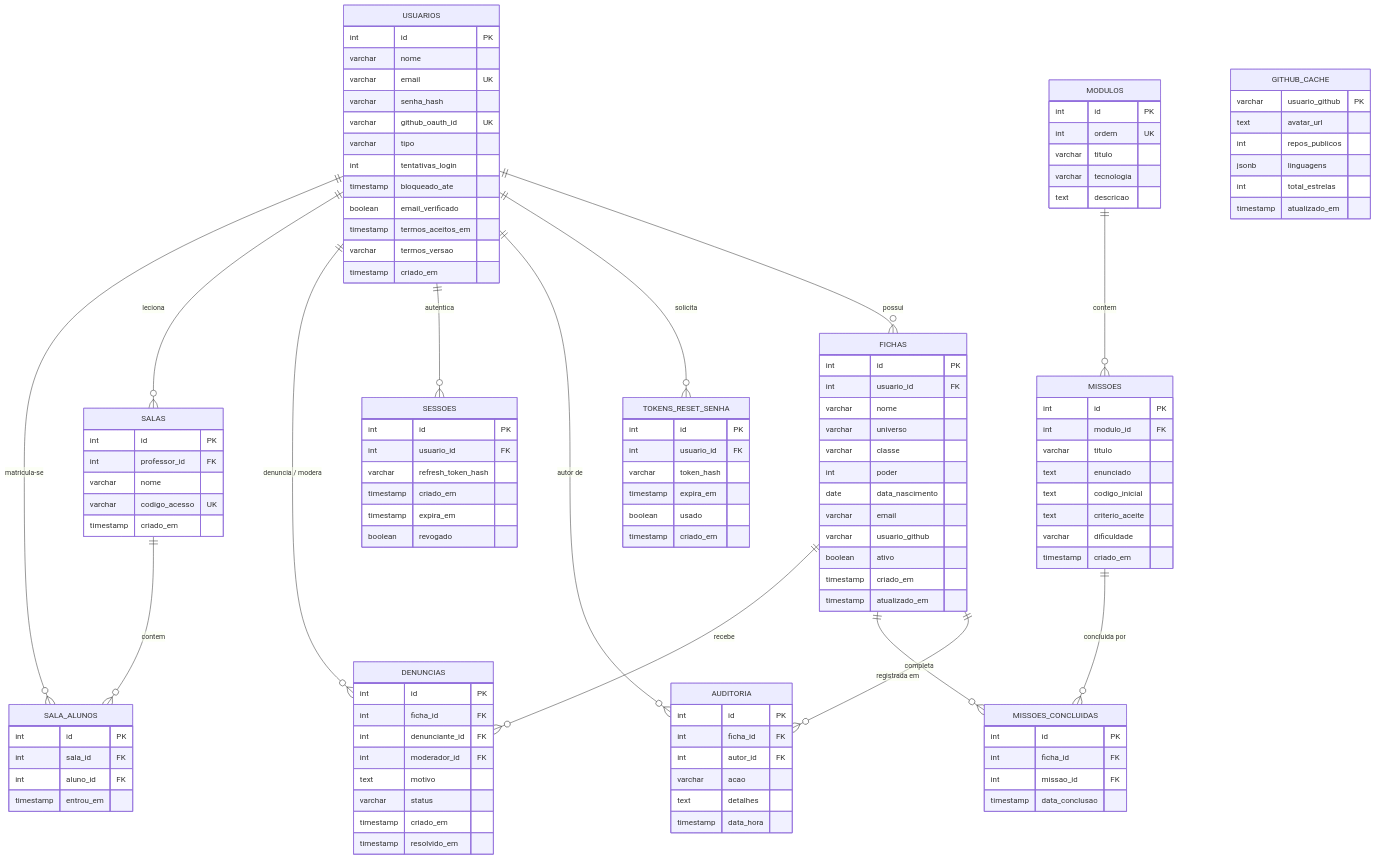
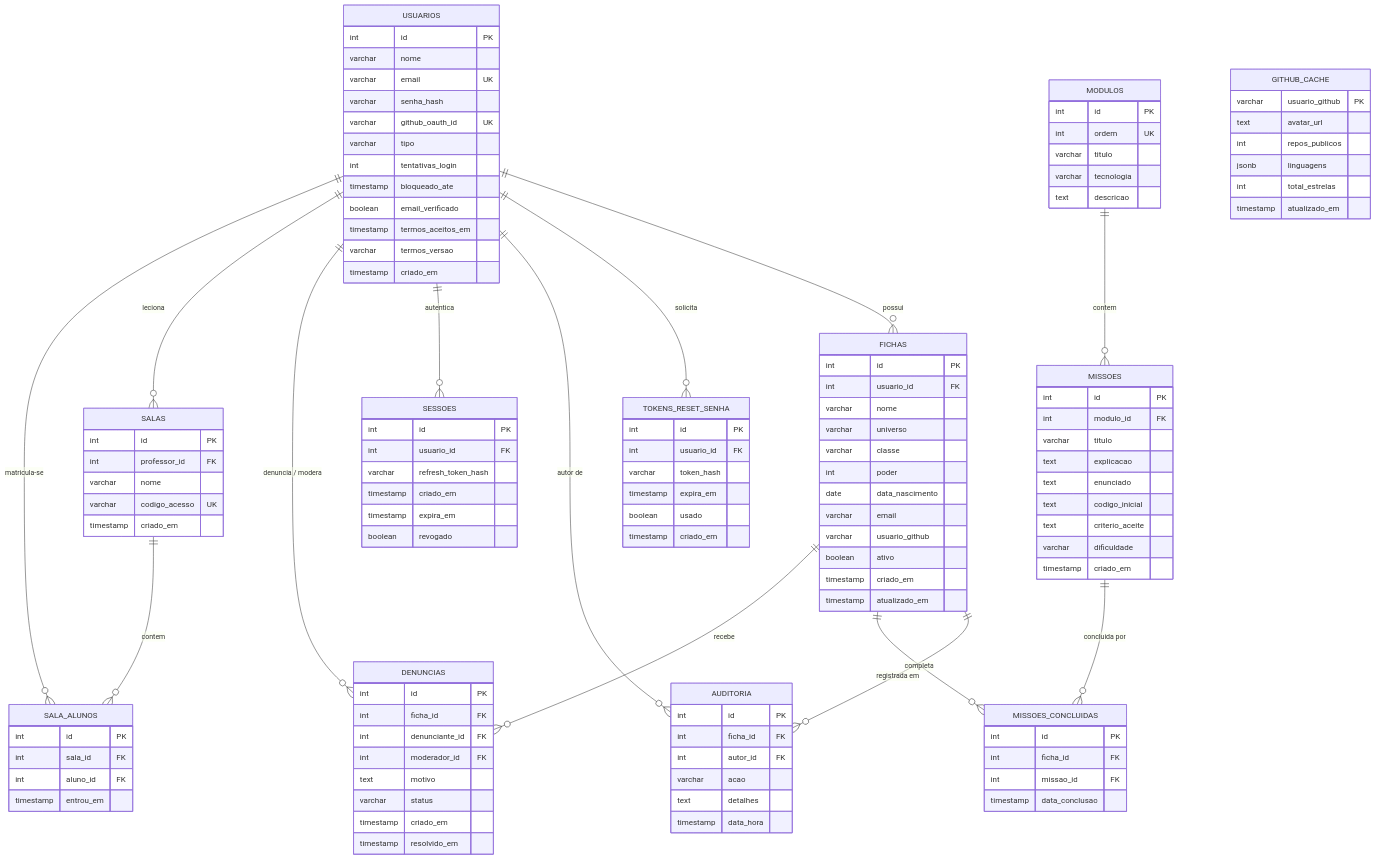
The diagram in spec.md (suzalcantara2009/code-quest), drawn with Mermaid before and after one commit. The commit also changed other lines of this file and 17 other files, not shown here.

```diff
--- a/spec.md
+++ b/spec.md
@@ -401,6 +1036,7 @@
         int id PK
         int modulo_id FK
         varchar titulo
+        text explicacao
         text enunciado
         text codigo_inicial
         text criterio_aceite
```
